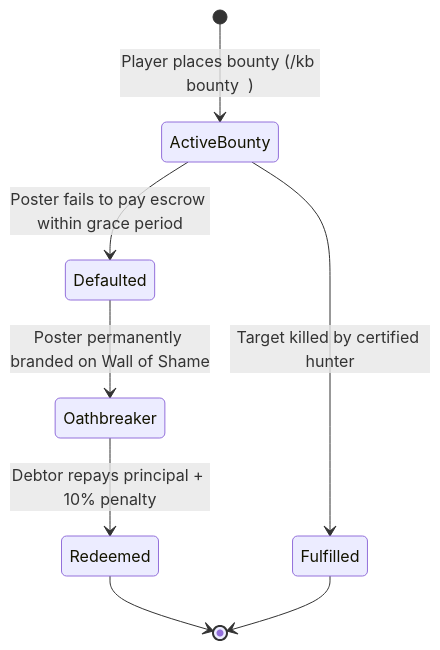
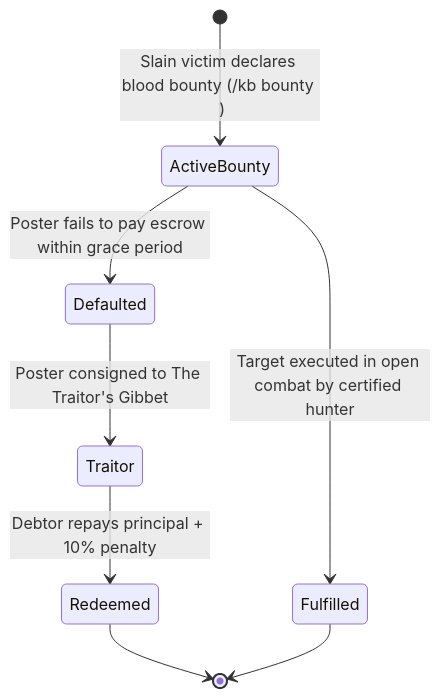
One commit to dagariane-commits/WoW_Killboard changed the first of 2 diagrams in docs/BOUNTY_SYSTEM.md. Above: the diagram before and after it, drawn with Mermaid. The commit also changed other lines of this file and 14 other files, not shown here.

````diff
--- a/docs/BOUNTY_SYSTEM.md
+++ b/docs/BOUNTY_SYSTEM.md
@@ -7,10 +7,10 @@
 ```mermaid
 stateDiagram-v2
-    [*] --> ActiveBounty: Player places bounty (/kb bounty <Target> <Gold>)
-    ActiveBounty --> Fulfilled: Target killed by certified hunter
+    [*] --> ActiveBounty: Slain victim declares blood bounty (/kb bounty <Target> <Gold>)
+    ActiveBounty --> Fulfilled: Target executed in open combat by certified hunter
     ActiveBounty --> Defaulted: Poster fails to pay escrow within grace period
-    Defaulted --> Oathbreaker: Poster permanently branded on Wall of Shame
-    Oathbreaker --> Redeemed: Debtor repays principal + 10% penalty
+    Defaulted --> Traitor: Poster consigned to The Traitor's Gibbet
+    Traitor --> Redeemed: Debtor repays principal + 10% penalty
     Redeemed --> [*]
     Fulfilled --> [*]
 ```
````
